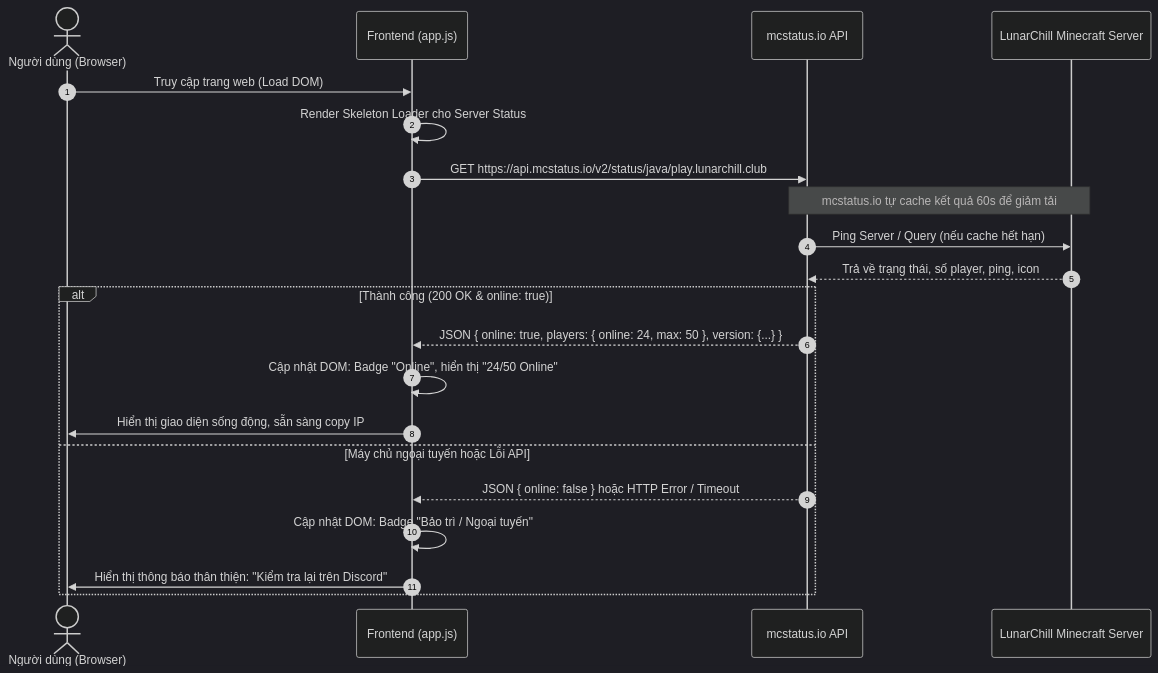
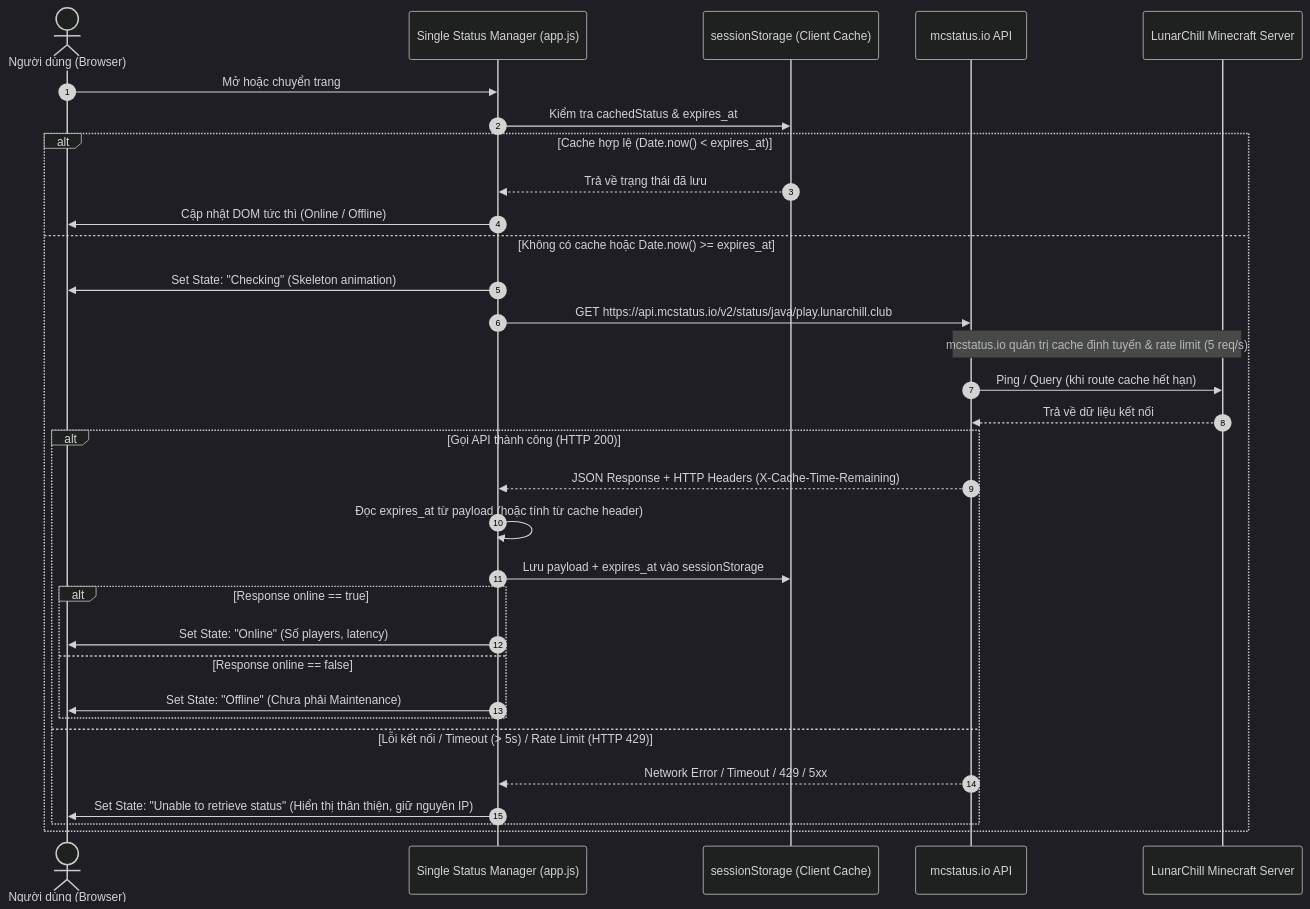
Before and after one commit to ItzTheChallenger312A/LunarChill.Club-Website: the diagram in docs/01 - Research/Requirements.md, drawn with Mermaid (dark theme). The commit also changed other lines of this file and 3 other files, not shown here.

````diff
--- a/docs/01 - Research/Requirements.md
+++ b/docs/01 - Research/Requirements.md
@@ -40,24 +50,35 @@
 ```mermaid
 sequenceDiagram
     autonumber
     actor User as Người dùng (Browser)
-    participant Client as Frontend (app.js)
+    participant Client as Single Status Manager (app.js)
+    participant Storage as sessionStorage (Client Cache)
     participant API as mcstatus.io API
     participant MC as LunarChill Minecraft Server
 
-    User->>Client: Truy cập trang web (Load DOM)
-    Client->>Client: Render Skeleton Loader cho Server Status
-    Client->>API: GET https://api.mcstatus.io/v2/status/java/play.lunarchill.club
-    Note over API,MC: mcstatus.io tự cache kết quả 60s để giảm tải
-    API->>MC: Ping Server / Query (nếu cache hết hạn)
-    MC-->>API: Trả về trạng thái, số player, ping, icon
-    alt Thành công (200 OK & online: true)
-        API-->>Client: JSON { online: true, players: { online: 24, max: 50 }, version: {...} }
-        Client->>Client: Cập nhật DOM: Badge "Online", hiển thị "24/50 Online"
-        Client->>User: Hiển thị giao diện sống động, sẵn sàng copy IP
-    else Máy chủ ngoại tuyến hoặc Lỗi API
-        API-->>Client: JSON { online: false } hoặc HTTP Error / Timeout
-        Client->>Client: Cập nhật DOM: Badge "Bảo trì / Ngoại tuyến"
-        Client->>User: Hiển thị thông báo thân thiện: "Kiểm tra lại trên Discord"
+    User->>Client: Mở hoặc chuyển trang
+    Client->>Storage: Kiểm tra cachedStatus & expires_at
+    alt Cache hợp lệ (Date.now() < expires_at)
+        Storage-->>Client: Trả về trạng thái đã lưu
+        Client->>User: Cập nhật DOM tức thì (Online / Offline)
+    else Không có cache hoặc Date.now() >= expires_at
+        Client->>User: Set State: "Checking" (Skeleton animation)
+        Client->>API: GET https://api.mcstatus.io/v2/status/java/play.lunarchill.club
+        Note over API,MC: mcstatus.io quản trị cache định tuyến & rate limit (5 req/s)
+        API->>MC: Ping / Query (khi route cache hết hạn)
+        MC-->>API: Trả về dữ liệu kết nối
+        alt Gọi API thành công (HTTP 200)
+            API-->>Client: JSON Response + HTTP Headers (X-Cache-Time-Remaining)
+            Client->>Client: Đọc expires_at từ payload (hoặc tính từ cache header)
+            Client->>Storage: Lưu payload + expires_at vào sessionStorage
+            alt Response online == true
+                Client->>User: Set State: "Online" (Số players, latency)
+            else Response online == false
+                Client->>User: Set State: "Offline" (Chưa phải Maintenance)
+            end
+        else Lỗi kết nối / Timeout (> 5s) / Rate Limit (HTTP 429)
+            API-->>Client: Network Error / Timeout / 429 / 5xx
+            Client->>User: Set State: "Unable to retrieve status" (Hiển thị thân thiện, giữ nguyên IP)
+        end
     end
 ```
````
